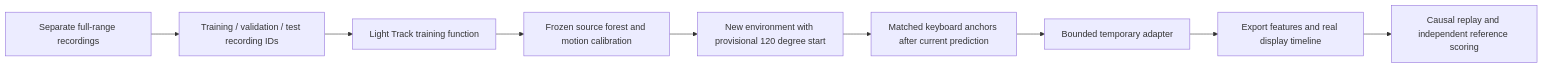
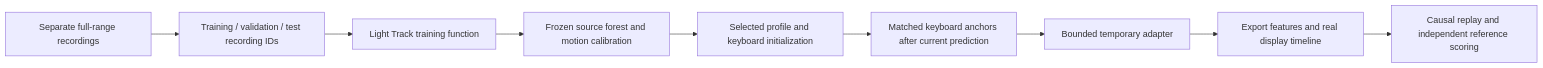
The third of 8 diagrams in fusion/docs/architecture.md (Comb1e/windows-turn), drawn with Mermaid before and after one commit. The commit also changed other lines of this file and 30 other files, not shown here.

````diff
--- a/fusion/docs/architecture.md
+++ b/fusion/docs/architecture.md
@@ -49,11 +49,11 @@
 ```mermaid
 flowchart LR
     Source[Separate full-range recordings] --> Split[Training / validation / test recording IDs]
     Split --> Train[Light Track training function]
     Train --> Model[Frozen source forest and motion calibration]
-    Model --> New[New environment with provisional 120 degree start]
+    Model --> New[Selected profile and keyboard initialization]
     New --> Online[Matched keyboard anchors after current prediction]
     Online --> Temporary[Bounded temporary adapter]
     Temporary --> Export[Export features and real display timeline]
     Export --> Replay[Causal replay and independent reference scoring]
 ```
````
